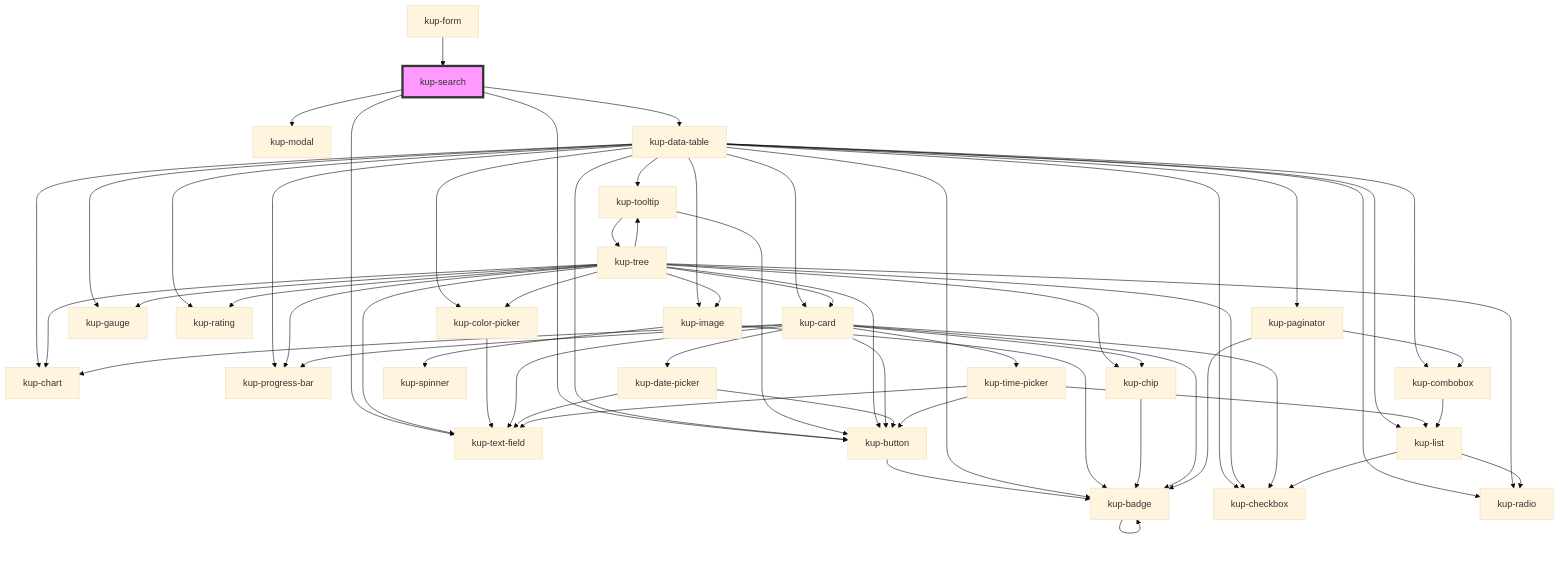
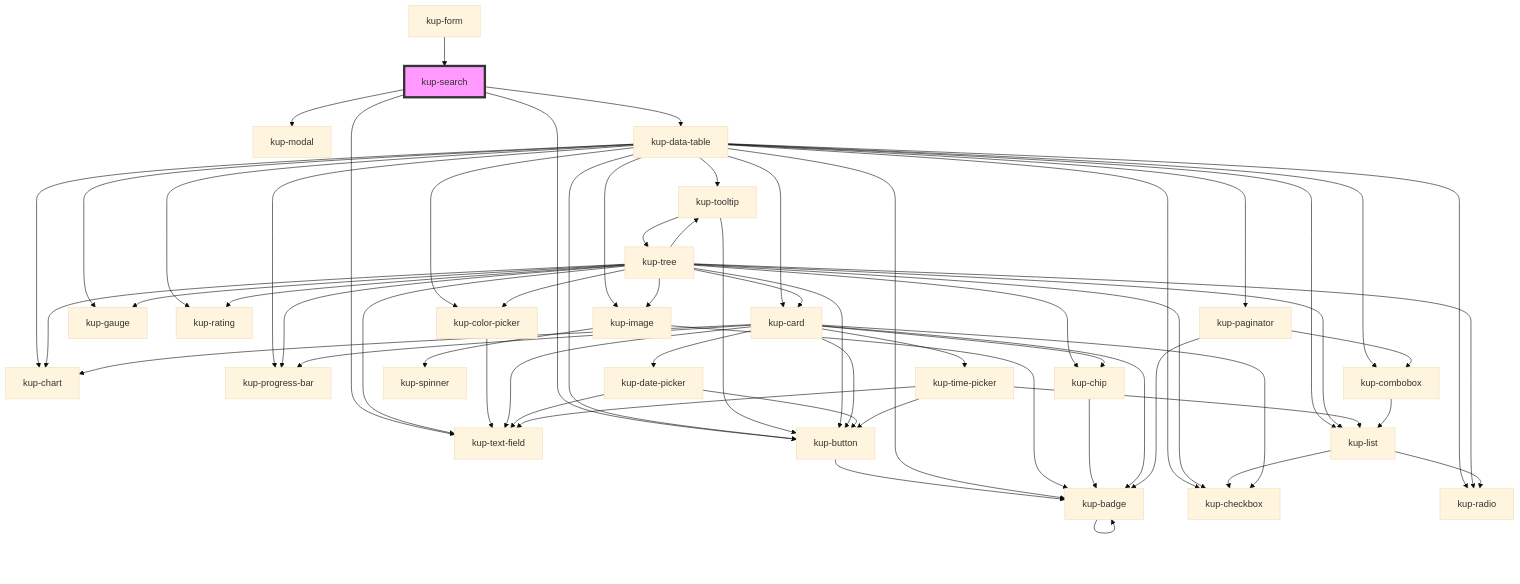
One commit to smeup/ketchup changed the diagram in packages/ketchup/src/components/kup-search/readme.md. Above: the diagram before and after it, drawn with Mermaid (base theme). The commit also changed 10 other files, not shown here.

````diff
--- a/packages/ketchup/src/components/kup-search/readme.md
+++ b/packages/ketchup/src/components/kup-search/readme.md
@@ -43,64 +43,65 @@
 ```mermaid
 graph TD;
   kup-search --> kup-text-field
   kup-search --> kup-button
   kup-search --> kup-modal
   kup-search --> kup-data-table
   kup-button --> kup-badge
   kup-badge --> kup-badge
   kup-data-table --> kup-checkbox
   kup-data-table --> kup-tooltip
   kup-data-table --> kup-list
   kup-data-table --> kup-image
   kup-data-table --> kup-button
   kup-data-table --> kup-chart
   kup-data-table --> kup-color-picker
   kup-data-table --> kup-gauge
   kup-data-table --> kup-progress-bar
   kup-data-table --> kup-rating
   kup-data-table --> kup-radio
   kup-data-table --> kup-paginator
   kup-data-table --> kup-combobox
   kup-data-table --> kup-card
   kup-data-table --> kup-badge
   kup-tooltip --> kup-button
   kup-tooltip --> kup-tree
   kup-tree --> kup-image
   kup-tree --> kup-button
   kup-tree --> kup-chart
   kup-tree --> kup-checkbox
   kup-tree --> kup-chip
   kup-tree --> kup-color-picker
   kup-tree --> kup-gauge
   kup-tree --> kup-progress-bar
   kup-tree --> kup-rating
   kup-tree --> kup-radio
   kup-tree --> kup-tooltip
+  kup-tree --> kup-list
   kup-tree --> kup-text-field
   kup-tree --> kup-card
   kup-image --> kup-spinner
   kup-image --> kup-badge
   kup-chip --> kup-badge
   kup-color-picker --> kup-text-field
+  kup-list --> kup-radio
+  kup-list --> kup-checkbox
   kup-card --> kup-chip
   kup-card --> kup-button
   kup-card --> kup-badge
   kup-card --> kup-progress-bar
   kup-card --> kup-chart
   kup-card --> kup-checkbox
   kup-card --> kup-date-picker
   kup-card --> kup-text-field
   kup-card --> kup-time-picker
   kup-date-picker --> kup-text-field
   kup-date-picker --> kup-button
   kup-time-picker --> kup-text-field
   kup-time-picker --> kup-button
   kup-time-picker --> kup-list
-  kup-list --> kup-radio
-  kup-list --> kup-checkbox
   kup-paginator --> kup-combobox
   kup-paginator --> kup-badge
   kup-combobox --> kup-list
   kup-form --> kup-search
   style kup-search fill:#f9f,stroke:#333,stroke-width:4px
 ```
````
